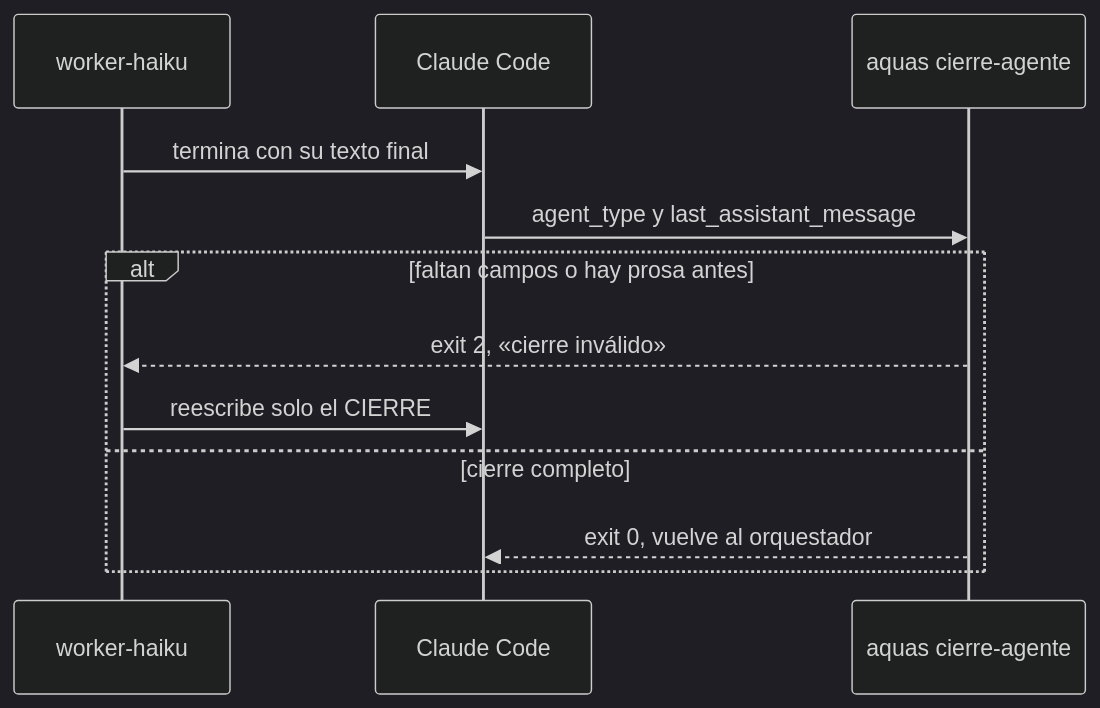
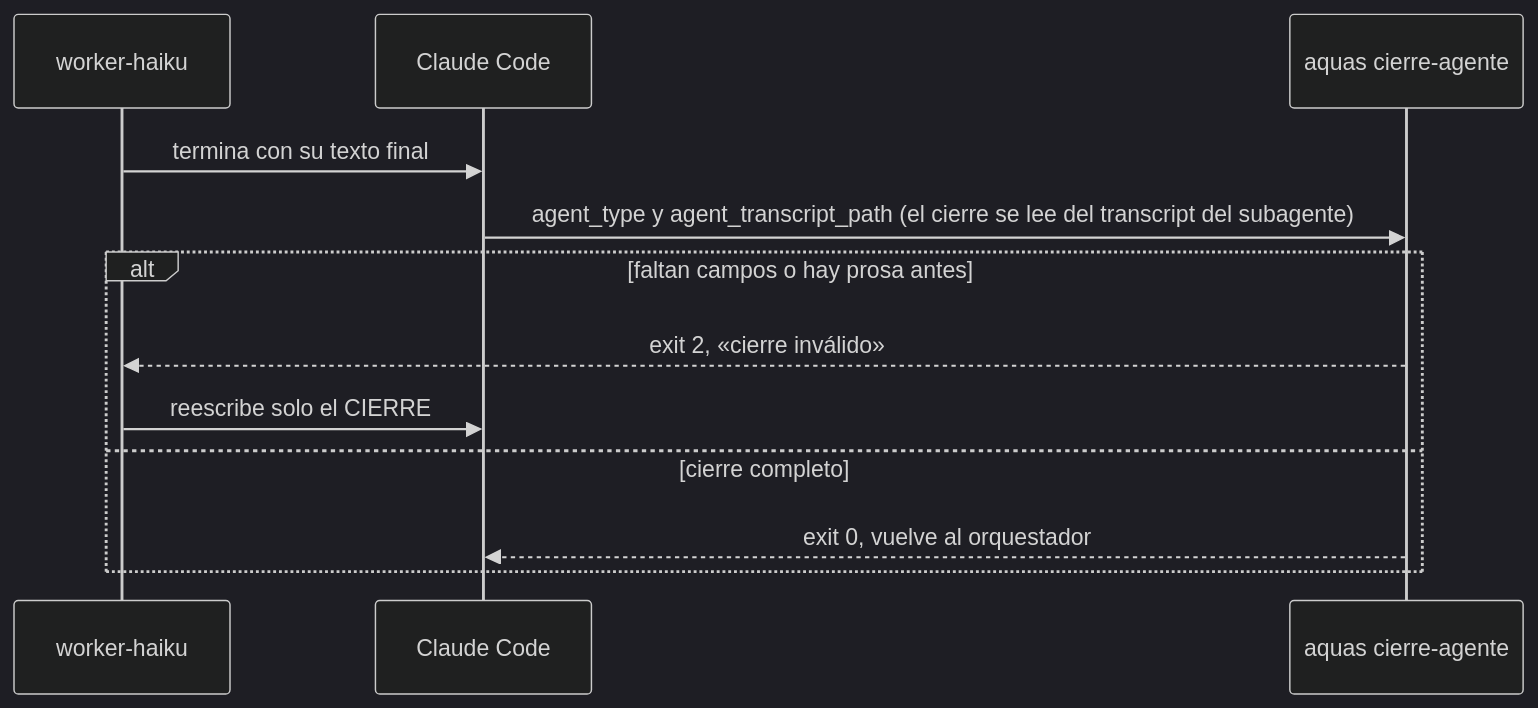
Before and after one commit to jliberal-aquas/aquas-central-harness-government: the first of 2 diagrams in docs/E001/F006/S002.md, drawn with Mermaid (dark theme). The commit also changed other lines of this file and 33 other files, not shown here.

````diff
--- a/docs/E001/F006/S002.md
+++ b/docs/E001/F006/S002.md
@@ -47,14 +47,14 @@
 ```mermaid
 sequenceDiagram
     participant W as worker-haiku
     participant C as Claude Code
     participant A as aquas cierre-agente
     W->>C: termina con su texto final
-    C->>A: agent_type y last_assistant_message
+    C->>A: agent_type y agent_transcript_path (el cierre se lee del transcript del subagente)
     alt faltan campos o hay prosa antes
         A-->>W: exit 2, «cierre inválido»
         W->>C: reescribe solo el CIERRE
     else cierre completo
         A-->>C: exit 0, vuelve al orquestador
     end
 ```
````
